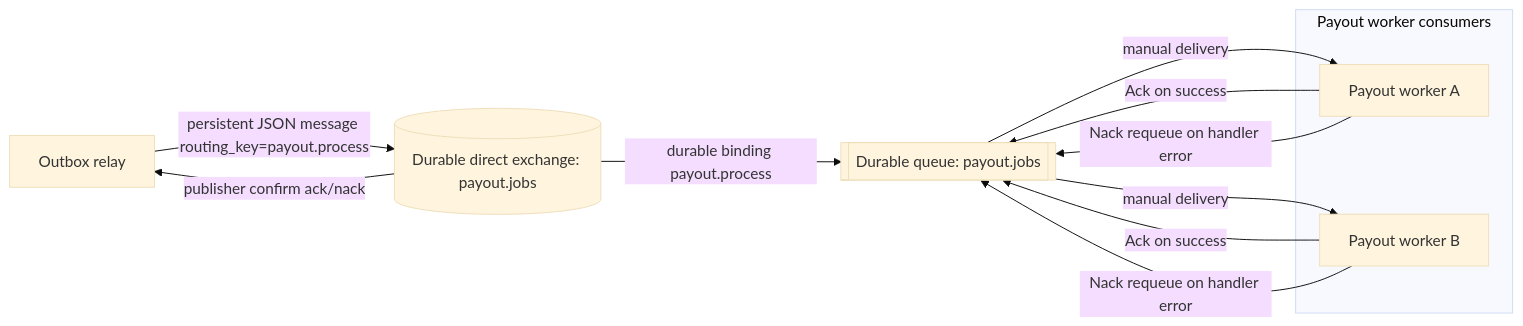
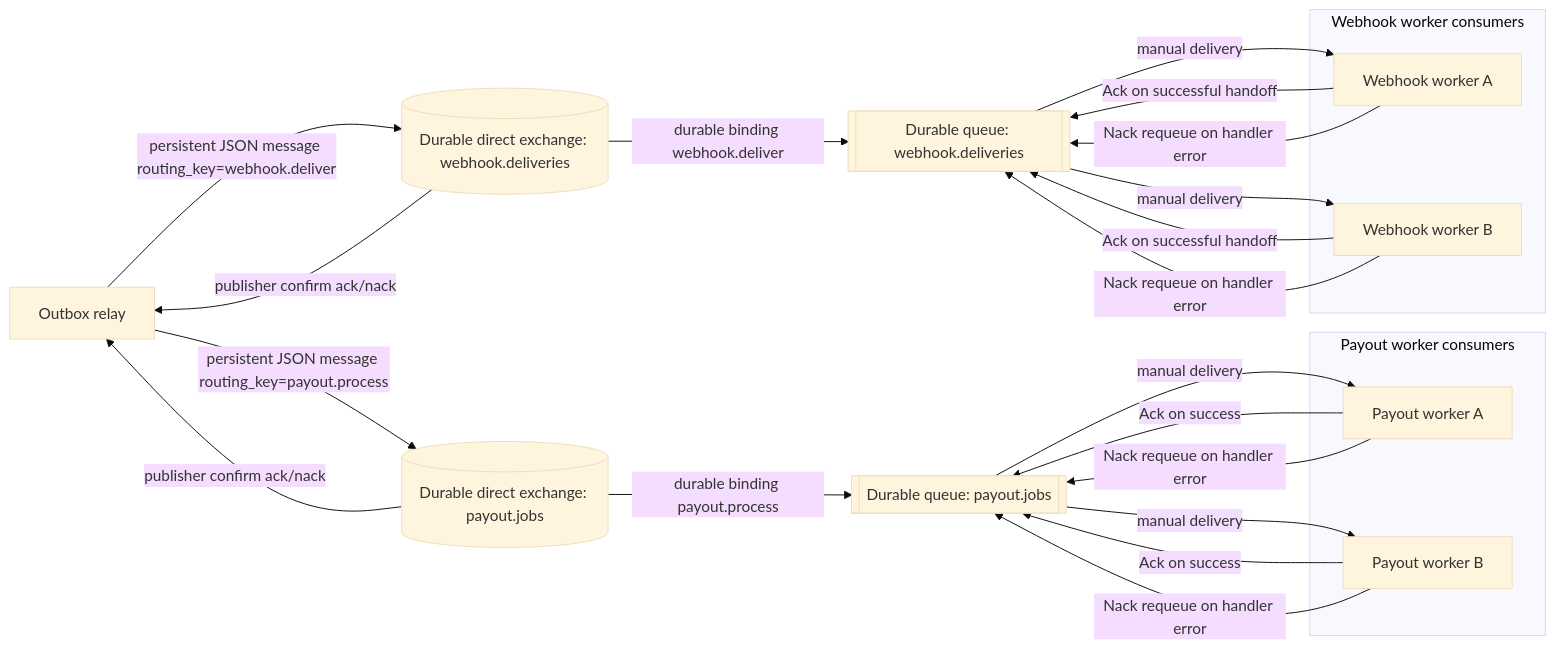
One commit to prxgr4mm3r/payout-orchestrator changed the third of 4 diagrams in docs/design/payout_orchestrator_system_design.md. Above: the diagram before and after it, drawn with Mermaid (base theme). The commit also changed other lines of this file and 1 other file, not shown here.

Commit message:
docs: route webhook jobs through outbox and rabbitmq

````diff
--- a/docs/design/payout_orchestrator_system_design.md
+++ b/docs/design/payout_orchestrator_system_design.md
@@ -789,21 +802,37 @@
 ```mermaid
 flowchart LR
     OutboxRelay[Outbox relay]
     PayoutExchange[(Durable direct exchange: payout.jobs)]
     PayoutQueue[[Durable queue: payout.jobs]]
+    WebhookExchange[(Durable direct exchange: webhook.deliveries)]
+    WebhookQueue[[Durable queue: webhook.deliveries]]
 
-    subgraph Consumers[Payout worker consumers]
+    subgraph PayoutConsumers[Payout worker consumers]
         WorkerA[Payout worker A]
         WorkerB[Payout worker B]
+    end
+
+    subgraph WebhookConsumers[Webhook worker consumers]
+        WebhookWorkerA[Webhook worker A]
+        WebhookWorkerB[Webhook worker B]
     end
 
     OutboxRelay -->|persistent JSON message routing_key=payout.process| PayoutExchange
     PayoutExchange -->|durable binding payout.process| PayoutQueue
     PayoutExchange -->|publisher confirm ack/nack| OutboxRelay
+    OutboxRelay -->|persistent JSON message routing_key=webhook.deliver| WebhookExchange
+    WebhookExchange -->|durable binding webhook.deliver| WebhookQueue
+    WebhookExchange -->|publisher confirm ack/nack| OutboxRelay
     PayoutQueue -->|manual delivery| WorkerA
     PayoutQueue -->|manual delivery| WorkerB
+    WebhookQueue -->|manual delivery| WebhookWorkerA
+    WebhookQueue -->|manual delivery| WebhookWorkerB
     WorkerA -->|Ack on success| PayoutQueue
     WorkerA -->|Nack requeue on handler error| PayoutQueue
     WorkerB -->|Ack on success| PayoutQueue
     WorkerB -->|Nack requeue on handler error| PayoutQueue
+    WebhookWorkerA -->|Ack on successful handoff| WebhookQueue
+    WebhookWorkerA -->|Nack requeue on handler error| WebhookQueue
+    WebhookWorkerB -->|Ack on successful handoff| WebhookQueue
+    WebhookWorkerB -->|Nack requeue on handler error| WebhookQueue
 ```
````
